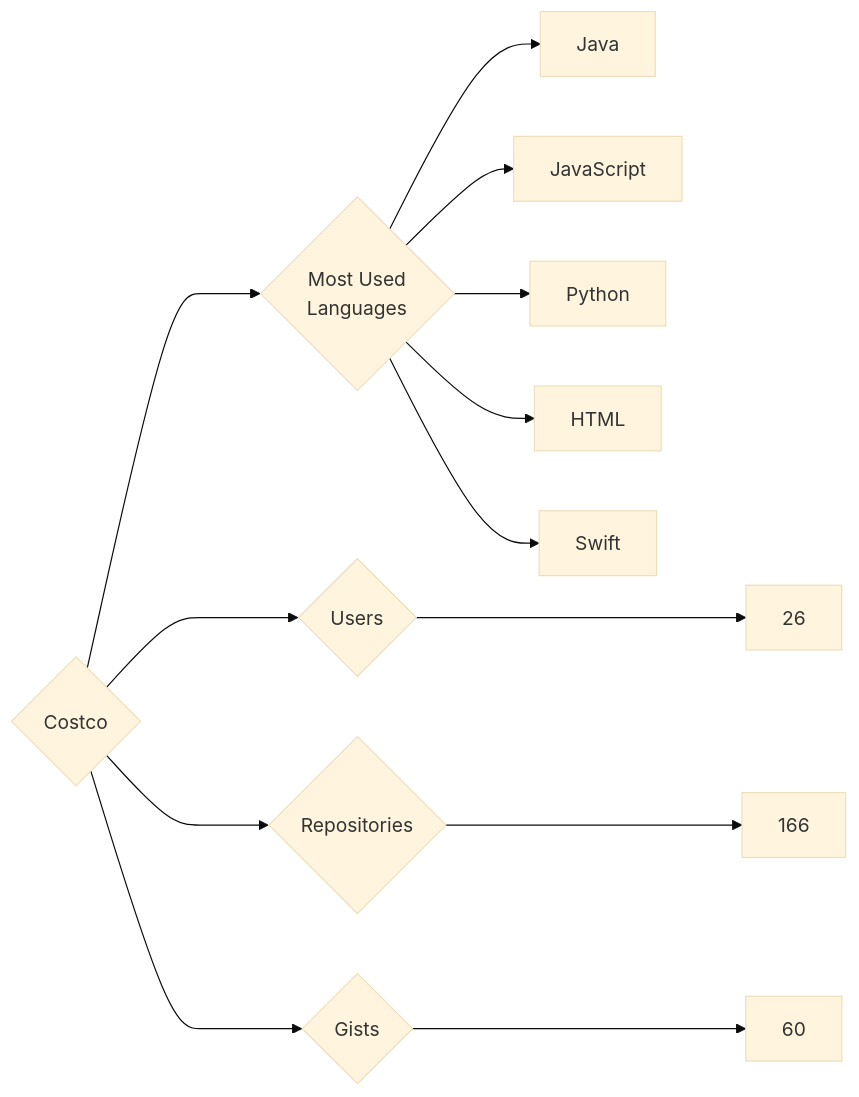
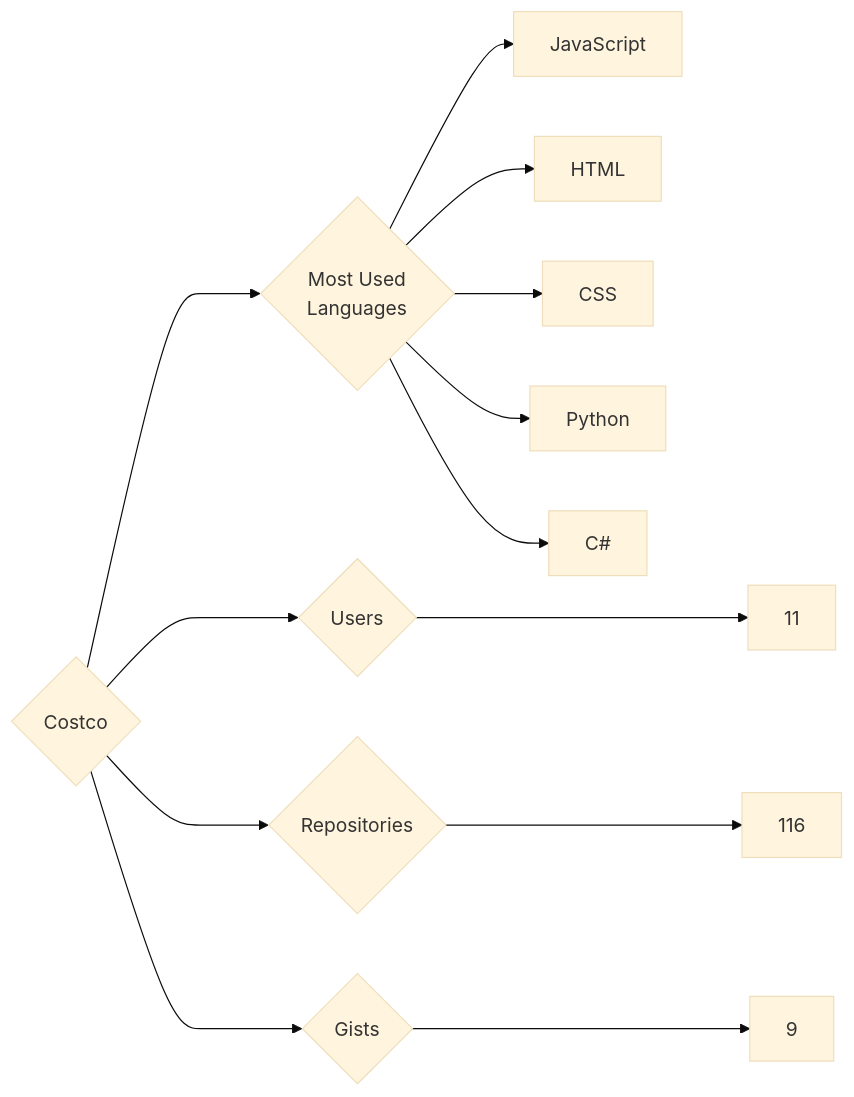
The diagram in targets/Costco/README.md (trickest/insiders), drawn with Mermaid (base theme) before and after one commit. The commit also changed 786 other files, not shown here.

````diff
--- a/targets/Costco/README.md
+++ b/targets/Costco/README.md
@@ -3,13 +3,13 @@
 ```mermaid
 graph LR
 COMPANY_NAME{Costco}
-COMPANY_NAME ---> U{Users} ---> UN[26]
-COMPANY_NAME ---> R{Repositories} ---> RN[166]
-COMPANY_NAME ---> G{Gists} ---> GN[60]
+COMPANY_NAME ---> U{Users} ---> UN[11]
+COMPANY_NAME ---> R{Repositories} ---> RN[116]
+COMPANY_NAME ---> G{Gists} ---> GN[9]
 COMPANY_NAME ---> ML{Most Used<br>Languages}
-ML --> Java[Java]
 ML --> JavaScript[JavaScript]
+ML --> HTML[HTML]
+ML --> CSS[CSS]
 ML --> Python[Python]
-ML --> HTML[HTML]
-ML --> Swift[Swift]
+ML --> C#[C#]
 ```
````
